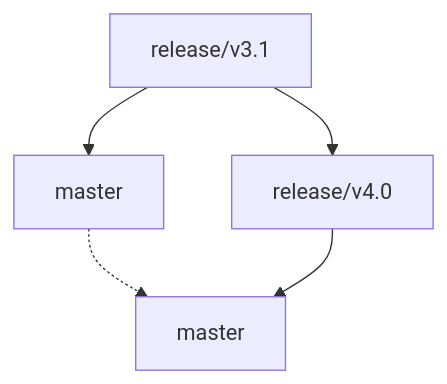
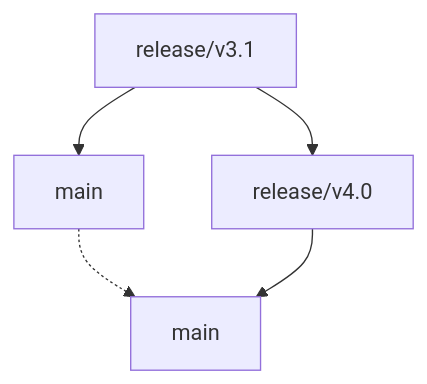
One commit to mobilecoinfoundation/mobilecoin changed the diagram in BRANCHING.md. Above: the diagram before and after it, drawn with Mermaid. The commit also changed other lines of this file and 10 other files, not shown here.

Commit message:
Rename refernce to `master` branch to `main`

````diff
--- a/BRANCHING.md
+++ b/BRANCHING.md
@@ -146,7 +146,7 @@
 ```mermaid
 graph TD;
-    A[release/v3.1]-->B[master];
+    A[release/v3.1]-->B[main];
     A-->C[release/v4.0];
-    B-.->D[master];
+    B-.->D[main];
     C-->D;
 ```
````
